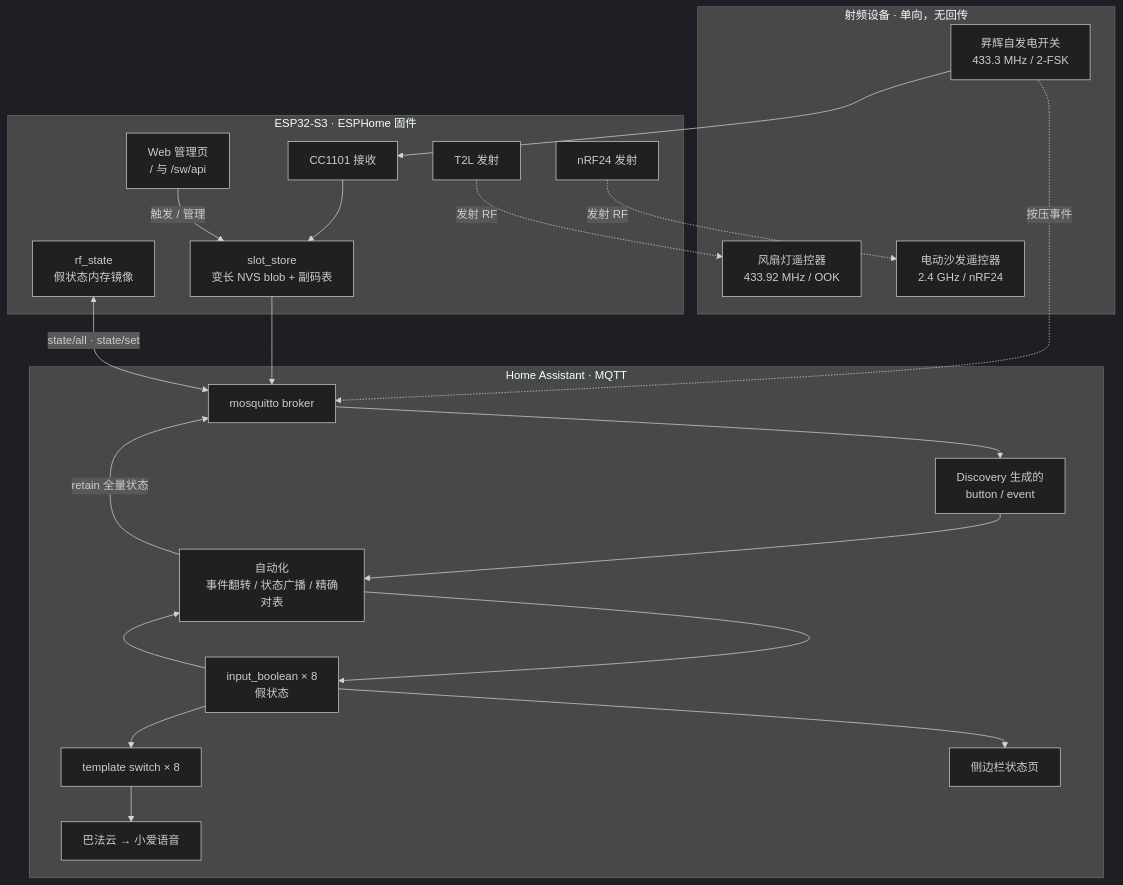
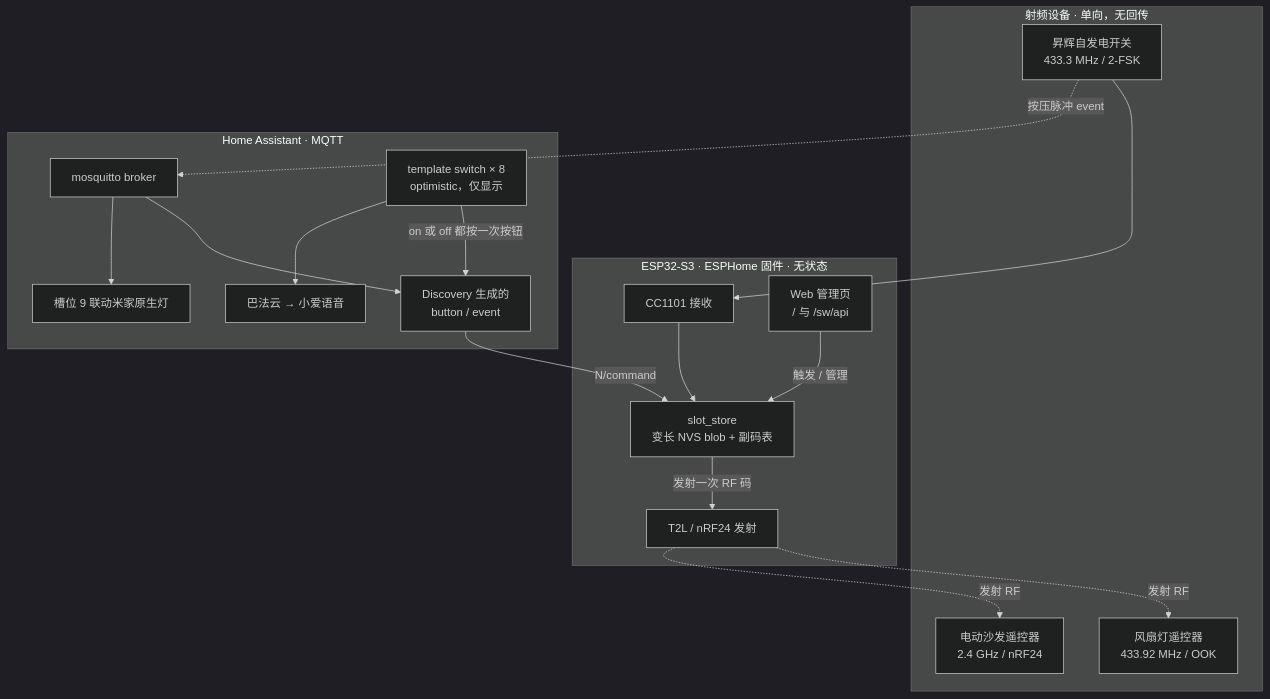
The first of 2 diagrams in README.md (szh-ss/esphome-rf-hub), drawn with Mermaid (dark theme) before and after one commit. The commit also changed other lines of this file and 4 other files, not shown here.

````diff
--- a/README.md
+++ b/README.md
@@ -22,40 +22,35 @@
 ```mermaid
 flowchart TB
     subgraph RF["射频设备 · 单向，无回传"]
         A1["昇辉自发电开关<br/>433.3 MHz / 2-FSK"]
         A2["风扇灯遥控器<br/>433.92 MHz / OOK"]
         A3["电动沙发遥控器<br/>2.4 GHz / nRF24"]
     end
 
-    subgraph ESP["ESP32-S3 · ESPHome 固件"]
+    subgraph ESP["ESP32-S3 · ESPHome 固件 · 无状态"]
         B1["CC1101 接收"]
-        B2["T2L 发射"]
-        B3["nRF24 发射"]
-        B4["slot_store<br/>变长 NVS blob + 副码表"]
-        B5["rf_state<br/>假状态内存镜像"]
-        B6["Web 管理页<br/>/ 与 /sw/api"]
+        B2["T2L / nRF24 发射"]
+        B3["slot_store<br/>变长 NVS blob + 副码表"]
+        B4["Web 管理页<br/>/ 与 /sw/api"]
     end
 
     subgraph HA["Home Assistant · MQTT"]
         C0["mosquitto broker"]
         C1["Discovery 生成的<br/>button / event"]
-        C2["input_boolean × 8<br/>假状态"]
-        C3["template switch × 8"]
-        C4["自动化<br/>事件翻转 / 状态广播 / 精确对表"]
-        C5["侧边栏状态页"]
-        C6["巴法云 → 小爱语音"]
+        C2["template switch × 8<br/>optimistic，仅显示"]
+        C3["槽位 9 联动米家原生灯"]
+        C4["巴法云 → 小爱语音"]
     end
 
-    A1 --> B1 --> B4
-    A1 -.->|"按压事件"| C0
-    B4 --> C0
-    B5 <-->|"state/all · state/set"| C0
-    B6 -->|"触发 / 管理"| B4
-    C0 --> C1 --> C4 --> C2 --> C3
+    A1 --> B1 --> B3
+    B3 -->|"发射一次 RF 码"| B2
+    A1 -.->|"按压脉冲 event"| C0
+    B4 -->|"触发 / 管理"| B3
+    C0 --> C1
+    C1 -->|"N/command"| B3
+    C0 --> C3
+    C2 -->|"on 或 off 都按一次按钮"| C1
     C2 --> C4
-    C4 -->|"retain 全量状态"| C0
-    C3 --> C6
-    C2 --> C5
     B2 -.->|"发射 RF"| A2
-    B3 -.->|"发射 RF"| A3
+    B2 -.->|"发射 RF"| A3
 ```
````
